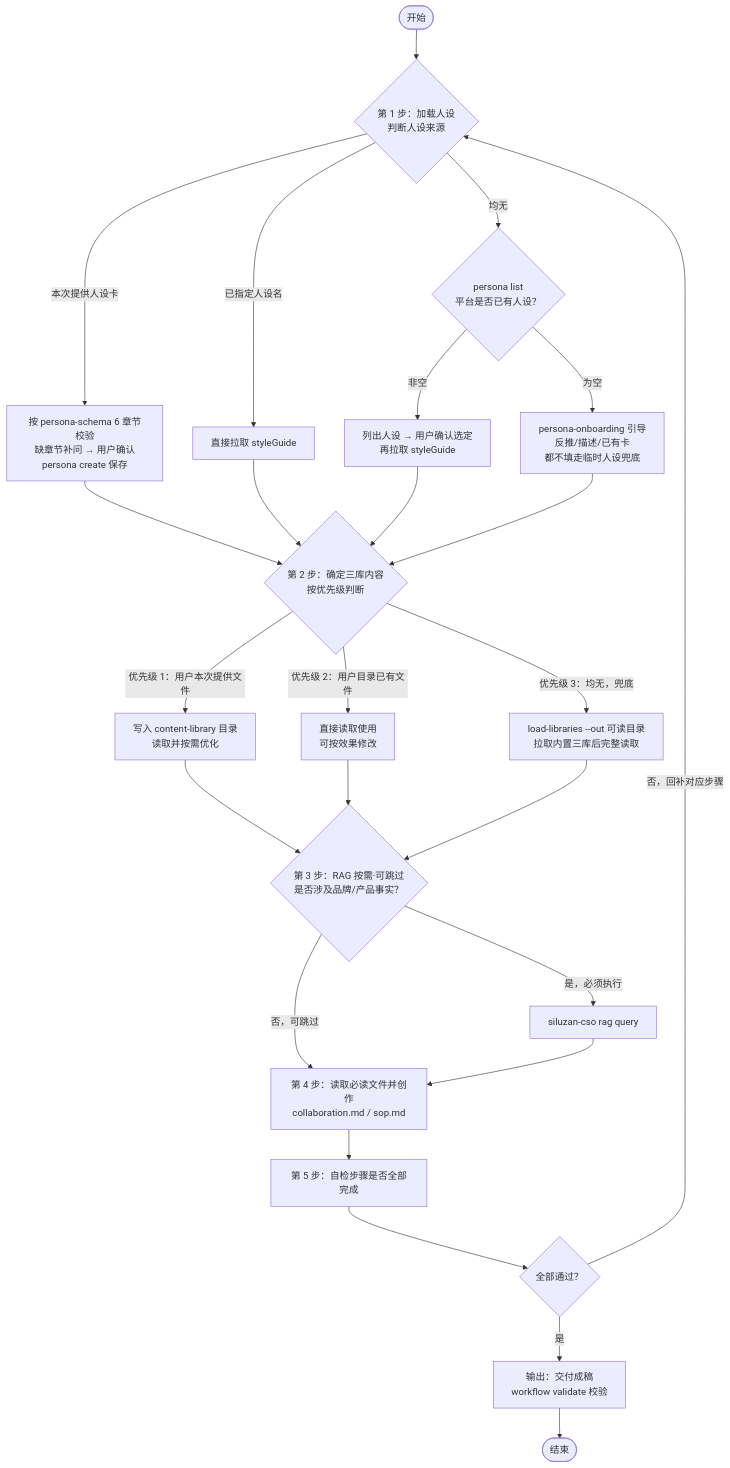
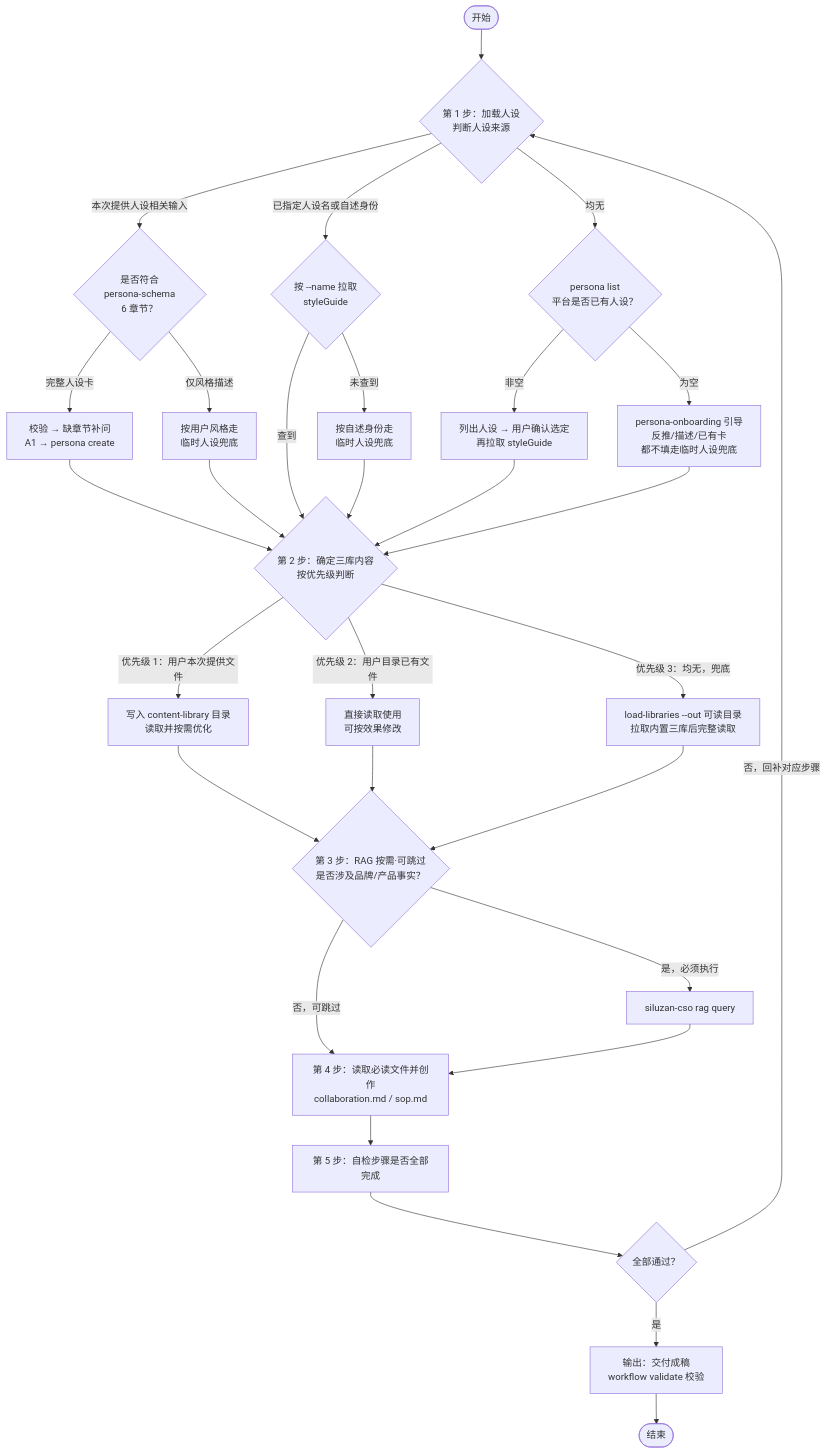
Before and after one commit to Lord1Egypt/RA-Skills: the diagram in skills/community/clawhub/s/siluzan-cso/three-lib-content-workflow/content-writer.workflow.md, drawn with Mermaid. The commit also changed other lines of this file and 16649 other files, not shown here.

````diff
--- a/skills/community/clawhub/s/siluzan-cso/three-lib-content-workflow/content-writer.workflow.md
+++ b/skills/community/clawhub/s/siluzan-cso/three-lib-content-workflow/content-writer.workflow.md
@@ -26,30 +26,35 @@
 ```mermaid
 flowchart TD
     Start([开始]) --> S1{第 1 步：加载人设<br/>判断人设来源}
-    S1 -->|本次提供人设卡| P1[按 persona-schema 6 章节校验<br/>缺章节补问 → 用户确认<br/>persona create 保存]
-    S1 -->|已指定人设名| P2[直接拉取 styleGuide]
+    S1 -->|本次提供人设相关输入| P1{是否符合<br/>persona-schema<br/>6 章节？}
+    P1 -->|完整人设卡| P1a[校验 → 缺章节补问<br/>A1 → persona create]
+    P1 -->|仅风格描述| P1b[按用户风格走<br/>临时人设兜底]
+    P1a --> S2
+    P1b --> S2
+    S1 -->|已指定人设名或自述身份| P2{按 --name 拉取<br/>styleGuide}
+    P2 -->|查到| S2
+    P2 -->|未查到| P2b[按自述身份走<br/>临时人设兜底]
+    P2b --> S2
     S1 -->|均无| P3{persona list<br/>平台是否已有人设？}
     P3 -->|非空| P3a[列出人设 → 用户确认选定<br/>再拉取 styleGuide]
     P3 -->|为空| P3b[persona-onboarding 引导<br/>反推/描述/已有卡<br/>都不填走临时人设兜底]
-    P1 --> S2
-    P2 --> S2
     P3a --> S2
     P3b --> S2
 
     S2{第 2 步：确定三库内容<br/>按优先级判断} -->|优先级 1：用户本次提供文件| L1[写入 content-library 目录<br/>读取并按需优化]
     S2 -->|优先级 2：用户目录已有文件| L2[直接读取使用<br/>可按效果修改]
     S2 -->|优先级 3：均无，兜底| L3[load-libraries --out 可读目录<br/>拉取内置三库后完整读取]
     L1 --> S3
     L2 --> S3
     L3 --> S3
 
     S3{第 3 步：RAG 按需·可跳过<br/>是否涉及品牌/产品事实？}
     S3 -->|是，必须执行| RAG[siluzan-cso rag query]
     S3 -->|否，可跳过| S4
     RAG --> S4[第 4 步：读取必读文件并创作<br/>collaboration.md / sop.md]
     S4 --> S5[第 5 步：自检步骤是否全部完成]
     S5 --> Check{全部通过？}
     Check -->|否，回补对应步骤| S1
     Check -->|是| Output[输出：交付成稿<br/>workflow validate 校验]
     Output --> End([结束])
 ```
````
